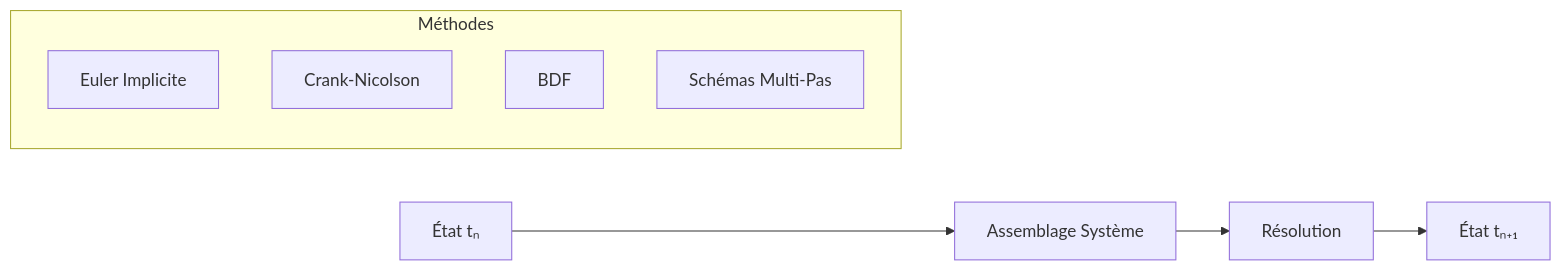
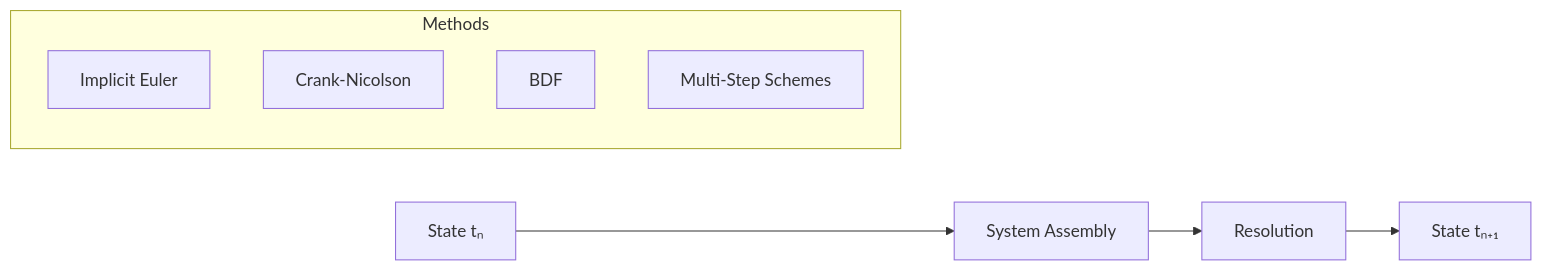
One commit to sbstndb/samurai changed diagram 15 of 19 in docs/numerical_schemes.md. Above: the diagram before and after it, drawn with Mermaid. The commit also changed other lines of this file and 8 other files, not shown here.

````diff
--- a/docs/numerical_schemes.md
+++ b/docs/numerical_schemes.md
@@ -417,13 +417,13 @@
 ```mermaid
 graph LR
-    A[État tₙ] --> B[Assemblage Système]
-    B --> C[Résolution]
-    C --> D[État tₙ₊₁]
+    A[State tₙ] --> B[System Assembly]
+    B --> C[Resolution]
+    C --> D[State tₙ₊₁]
     
-    subgraph "Méthodes"
-        E[Euler Implicite]
+    subgraph "Methods"
+        E[Implicit Euler]
         F[Crank-Nicolson]
         G[BDF]
-        H[Schémas Multi-Pas]
+        H[Multi-Step Schemes]
     end
 ```
````
